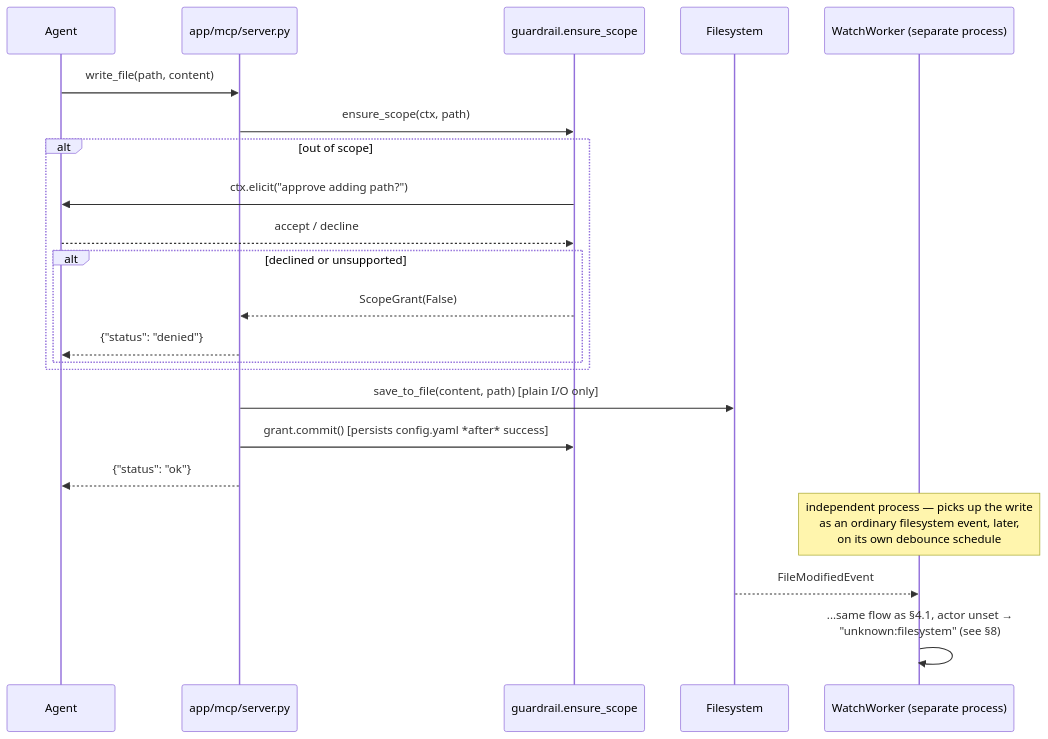
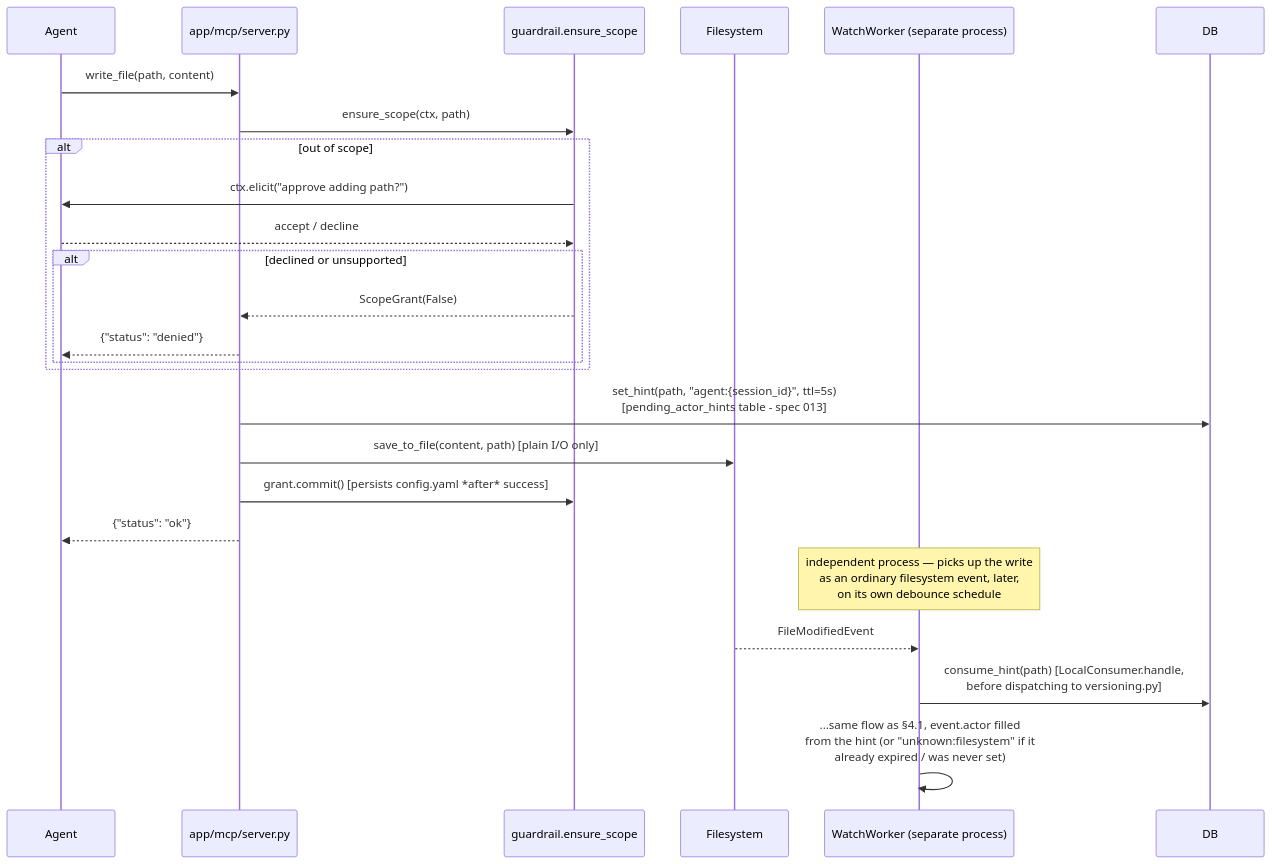
One commit to dDxCg/context-OS changed the fourth of 5 diagrams in ARCHITECTURE.md. Above: the diagram before and after it, drawn with Mermaid. The commit also changed other lines of this file and 2 other files, not shown here.

Commit message:
docs: reflect Tier 2 closure (MCP/watcher actor attribution, spec 013)

````diff
--- a/ARCHITECTURE.md
+++ b/ARCHITECTURE.md
@@ -153,25 +153,27 @@
 ```mermaid
 sequenceDiagram
     participant Agent
     participant MCP as app/mcp/server.py
     participant Guard as guardrail.ensure_scope
     participant FS as Filesystem
     participant WW as WatchWorker (separate process)
 
     Agent->>MCP: write_file(path, content)
     MCP->>Guard: ensure_scope(ctx, path)
     alt out of scope
         Guard->>Agent: ctx.elicit("approve adding path?")
         Agent-->>Guard: accept / decline
         alt declined or unsupported
             Guard-->>MCP: ScopeGrant(False)
             MCP-->>Agent: {"status": "denied"}
         end
     end
+    MCP->>DB: set_hint(path, "agent:{session_id}", ttl=5s)<br/>[pending_actor_hints table - spec 013]
     MCP->>FS: save_to_file(content, path) [plain I/O only]
     MCP->>Guard: grant.commit() [persists config.yaml *after* success]
     MCP-->>Agent: {"status": "ok"}
     Note over WW: independent process — picks up the write<br/>as an ordinary filesystem event, later,<br/>on its own debounce schedule
     FS-->>WW: FileModifiedEvent
-    WW->>WW: ...same flow as §4.1, actor unset →<br/>"unknown:filesystem" (see §8)
+    WW->>DB: consume_hint(path) [LocalConsumer.handle,<br/>before dispatching to versioning.py]
+    WW->>WW: ...same flow as §4.1, event.actor filled<br/>from the hint (or "unknown:filesystem" if it<br/>already expired / was never set)
 ```
````
